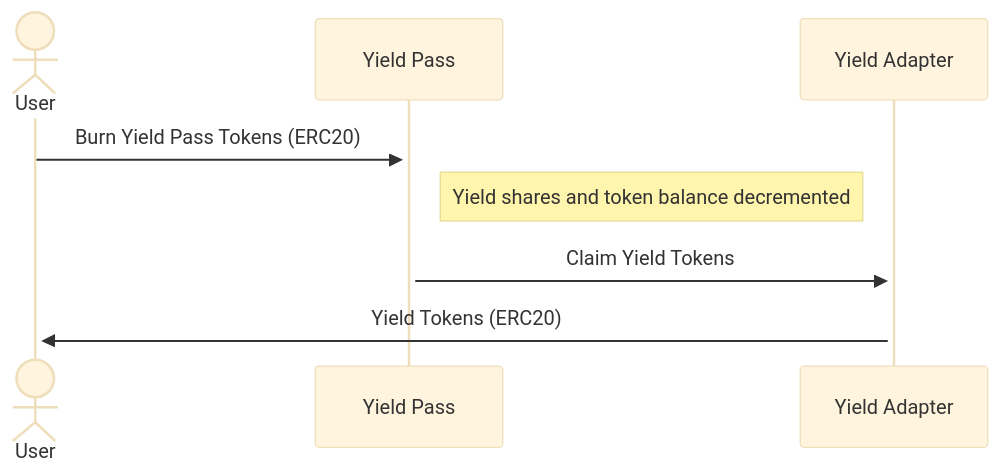
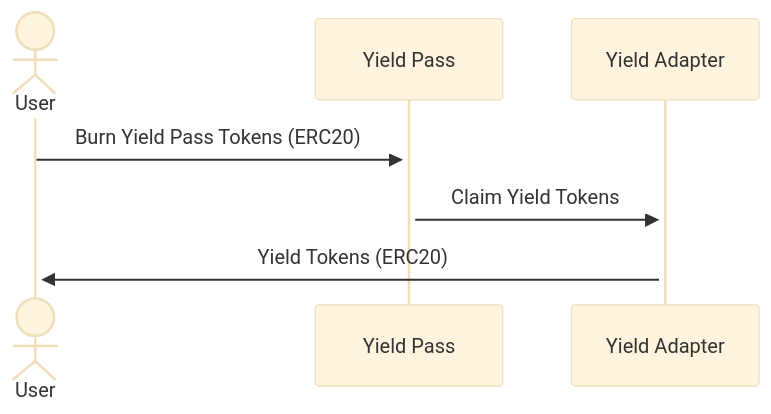
The third of 5 diagrams in docs/DESIGN.md (metastreet-labs/metastreet-yield-pass), drawn with Mermaid (base theme) before and after one commit. The commit also changed other lines of this file, not shown here.

````diff
--- a/docs/DESIGN.md
+++ b/docs/DESIGN.md
@@ -98,8 +94,7 @@
 ```mermaid
 sequenceDiagram
     actor User
     User->>+Yield Pass: Burn Yield Pass Tokens (ERC20)
-    Note right of Yield Pass: Yield shares and token balance decremented
     Yield Pass->>+Yield Adapter: Claim Yield Tokens
     Yield Adapter->>+User: Yield Tokens (ERC20)
 ```
````
